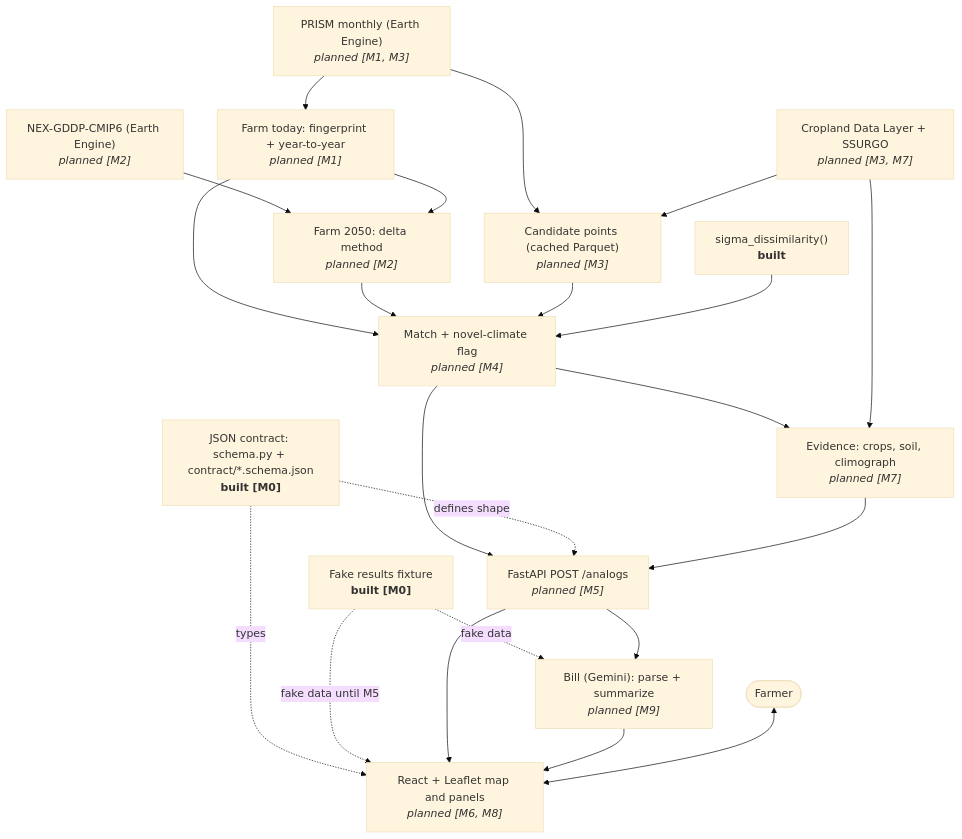
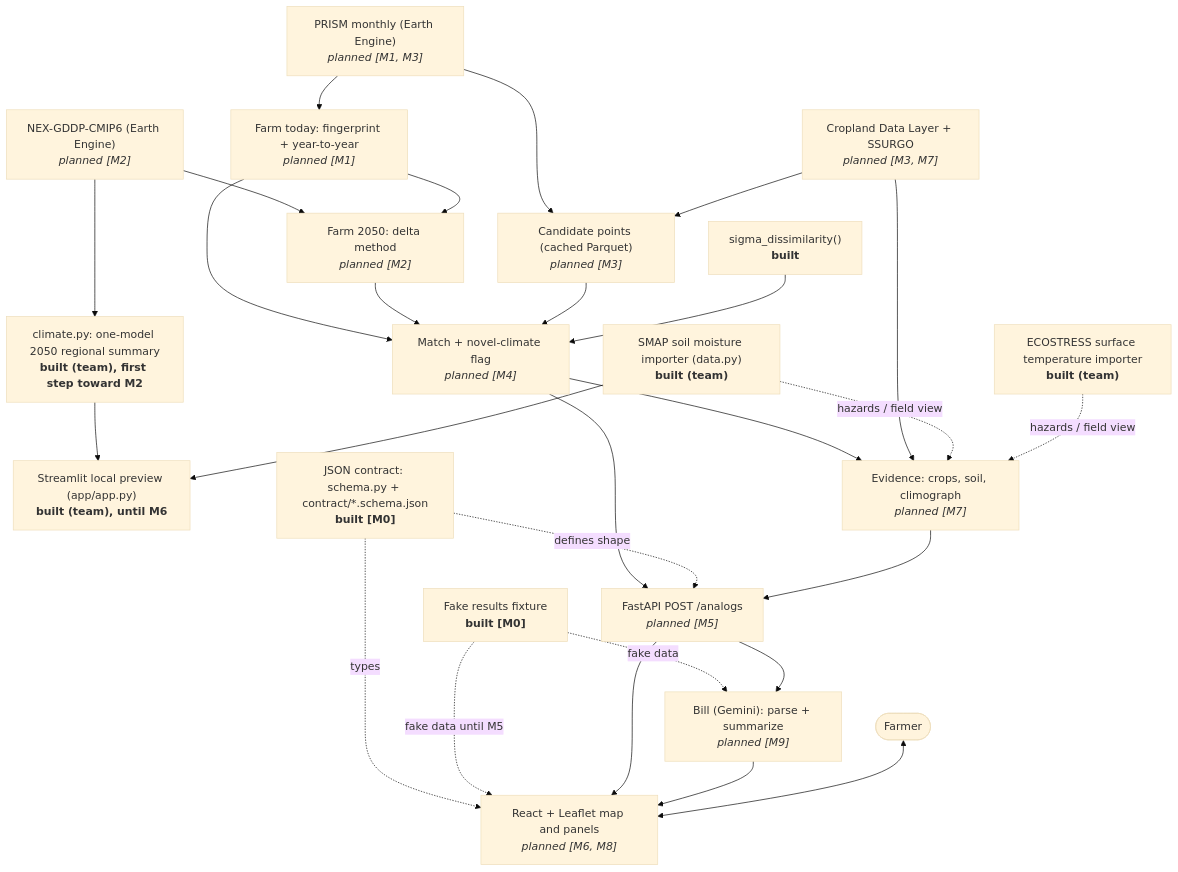
One commit to trafwel/farm-analog changed the diagram in docs/ARCHITECTURE.md. Above: the diagram before and after it, drawn with Mermaid (base theme). The commit also changed other lines of this file and 2 other files, not shown here.

Commit message:
Record the rebase onto the team's importers in the M0 docs
Adds the SMAP, ECOSTRESS and 2050 climate work to the architecture graph,
and logs what it means for M1, M2 and M7 as open issues.

````diff
--- a/docs/ARCHITECTURE.md
+++ b/docs/ARCHITECTURE.md
@@ -7,42 +7,51 @@
 ```mermaid
 flowchart TD
     PRISM["PRISM monthly (Earth Engine)<br/><i>planned [M1, M3]</i>"]
     CMIP["NEX-GDDP-CMIP6 (Earth Engine)<br/><i>planned [M2]</i>"]
     CDL["Cropland Data Layer + SSURGO<br/><i>planned [M3, M7]</i>"]
+    SMAP["SMAP soil moisture importer (data.py)<br/><b>built (team)</b>"]
+    ECO["ECOSTRESS surface temperature importer<br/><b>built (team)</b>"]
+    CLIM["climate.py: one-model 2050 regional summary<br/><b>built (team), first step toward M2</b>"]
+    PREVIEW["Streamlit local preview (app/app.py)<br/><b>built (team), until M6</b>"]
 
     FT["Farm today: fingerprint + year-to-year<br/><i>planned [M1]</i>"]
     F50["Farm 2050: delta method<br/><i>planned [M2]</i>"]
     CAND["Candidate points (cached Parquet)<br/><i>planned [M3]</i>"]
     SIGMA["sigma_dissimilarity()<br/><b>built</b>"]
     MATCH["Match + novel-climate flag<br/><i>planned [M4]</i>"]
     EVID["Evidence: crops, soil, climograph<br/><i>planned [M7]</i>"]
 
     CONTRACT["JSON contract: schema.py + contract/*.schema.json<br/><b>built [M0]</b>"]
     FIX["Fake results fixture<br/><b>built [M0]</b>"]
     API["FastAPI POST /analogs<br/><i>planned [M5]</i>"]
     UI["React + Leaflet map and panels<br/><i>planned [M6, M8]</i>"]
     BILL["Bill (Gemini): parse + summarize<br/><i>planned [M9]</i>"]
     FARMER(["Farmer"])
 
     PRISM --> FT
     PRISM --> CAND
     CMIP --> F50
     FT --> F50
     CDL --> CAND
     FT --> MATCH
     F50 --> MATCH
     CAND --> MATCH
     SIGMA --> MATCH
     MATCH --> EVID
     CDL --> EVID
     MATCH --> API
+    CMIP --> CLIM
+    CLIM --> PREVIEW
+    SMAP --> PREVIEW
+    SMAP -. hazards / field view .-> EVID
+    ECO -. hazards / field view .-> EVID
     CONTRACT -. defines shape .-> API
     CONTRACT -. types .-> UI
     FIX -. fake data until M5 .-> UI
     FIX -. fake data .-> BILL
     EVID --> API
     API --> UI
     API --> BILL
     BILL --> UI
     FARMER <--> UI
 ```
````
